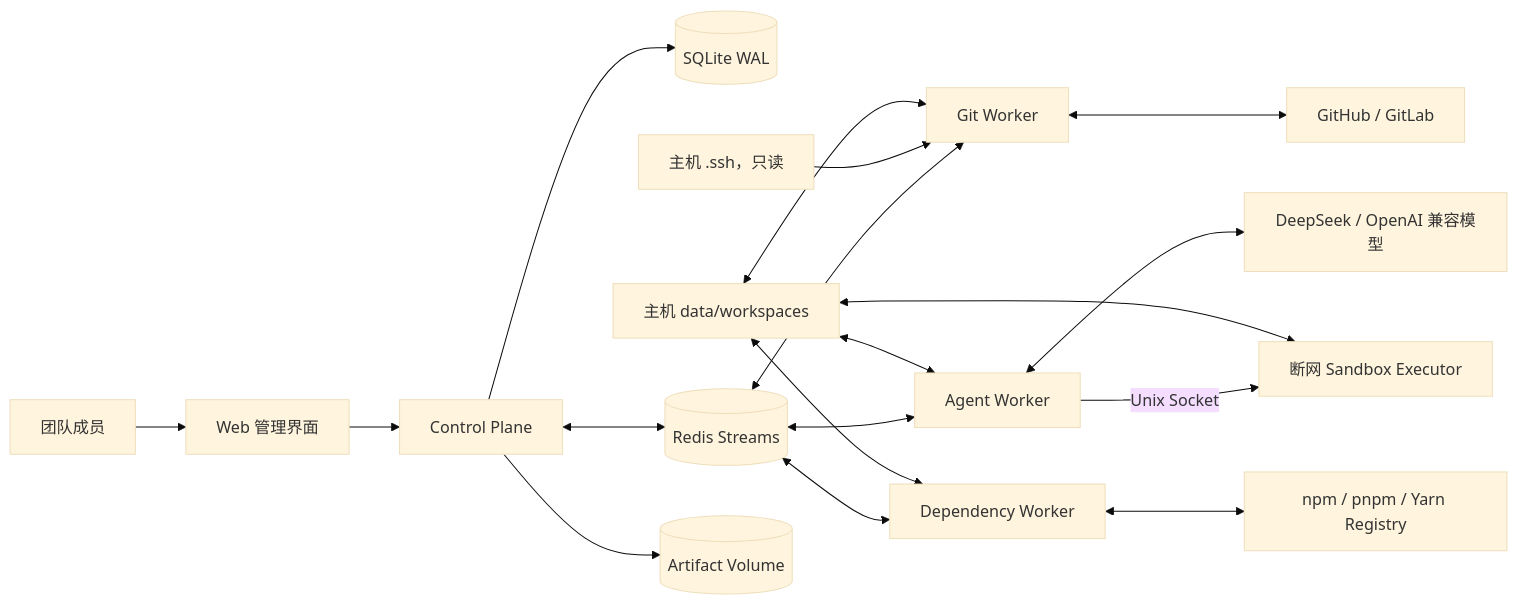
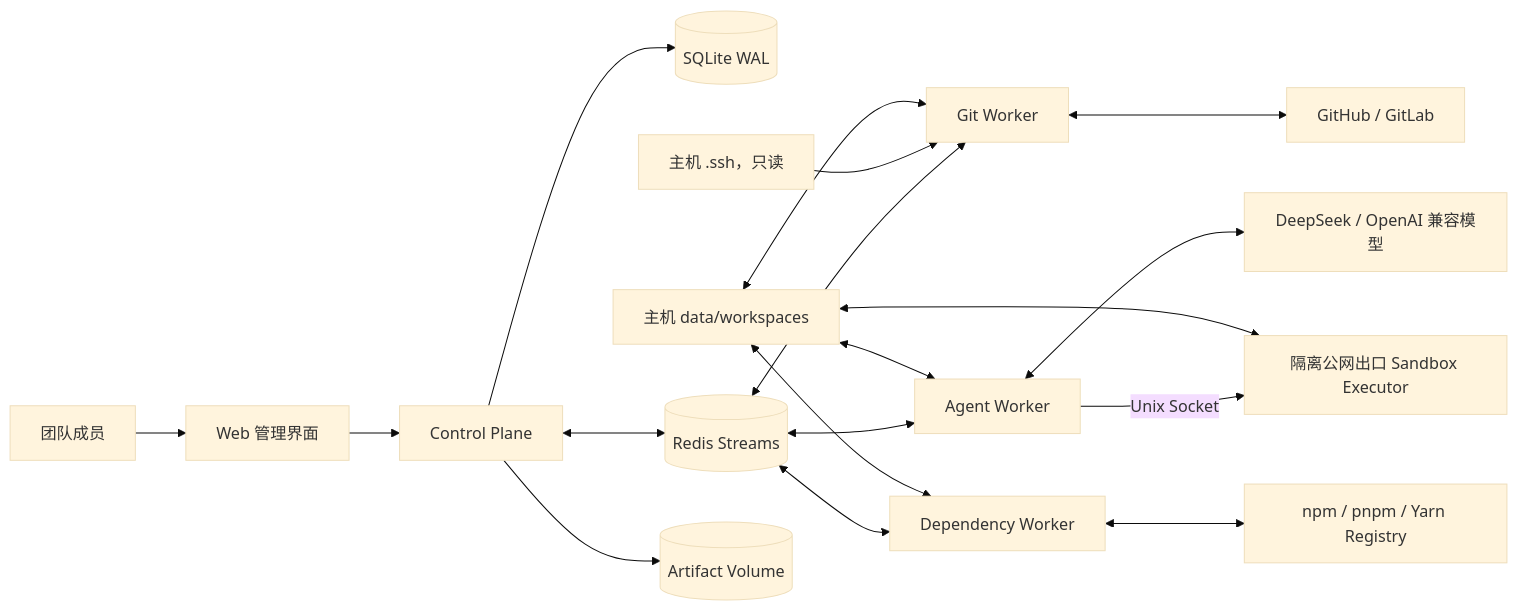
One commit to yizhiren/develop_platform changed the diagram in docs/architecture/system.md. Above: the diagram before and after it, drawn with Mermaid (base theme). The commit also changed other lines of this file and 61 other files, not shown here.

````diff
--- a/docs/architecture/system.md
+++ b/docs/architecture/system.md
@@ -3,20 +3,20 @@
 ```mermaid
 flowchart LR
   User[团队成员] --> Web[Web 管理界面]
   Web --> CP[Control Plane]
   CP --> DB[(SQLite WAL)]
   CP <--> Redis[(Redis Streams)]
   Redis <--> Agent[Agent Worker]
   Redis <--> Git[Git Worker]
   Redis <--> Dependency[Dependency Worker]
-  Agent -->|Unix Socket| Sandbox[断网 Sandbox Executor]
+  Agent -->|Unix Socket| Sandbox[隔离公网出口 Sandbox Executor]
   Git <--> GH[GitHub / GitLab]
   Dependency <--> Registry[npm / pnpm / Yarn Registry]
   HostSSH[主机 .ssh，只读] --> Git
   HostWorkspace[主机 data/workspaces] <--> Git
   HostWorkspace <--> Dependency
   HostWorkspace <--> Agent
   HostWorkspace <--> Sandbox
   Agent <--> LLM[DeepSeek / OpenAI 兼容模型]
   CP --> Artifacts[(Artifact Volume)]
 ```
````
